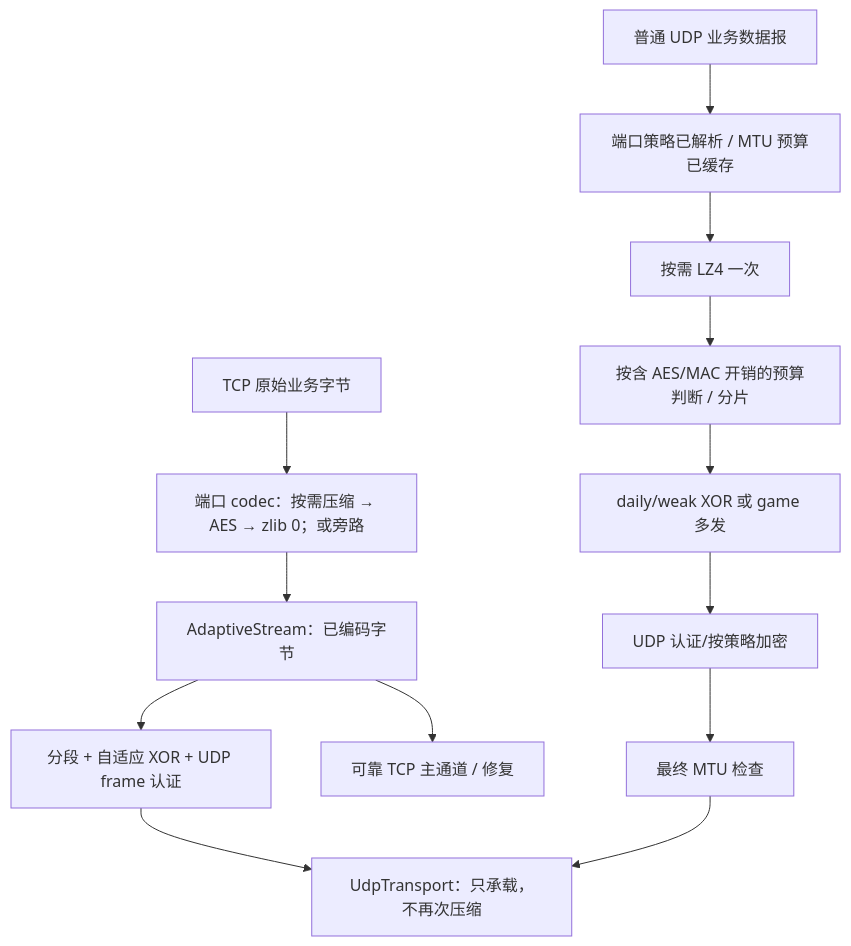
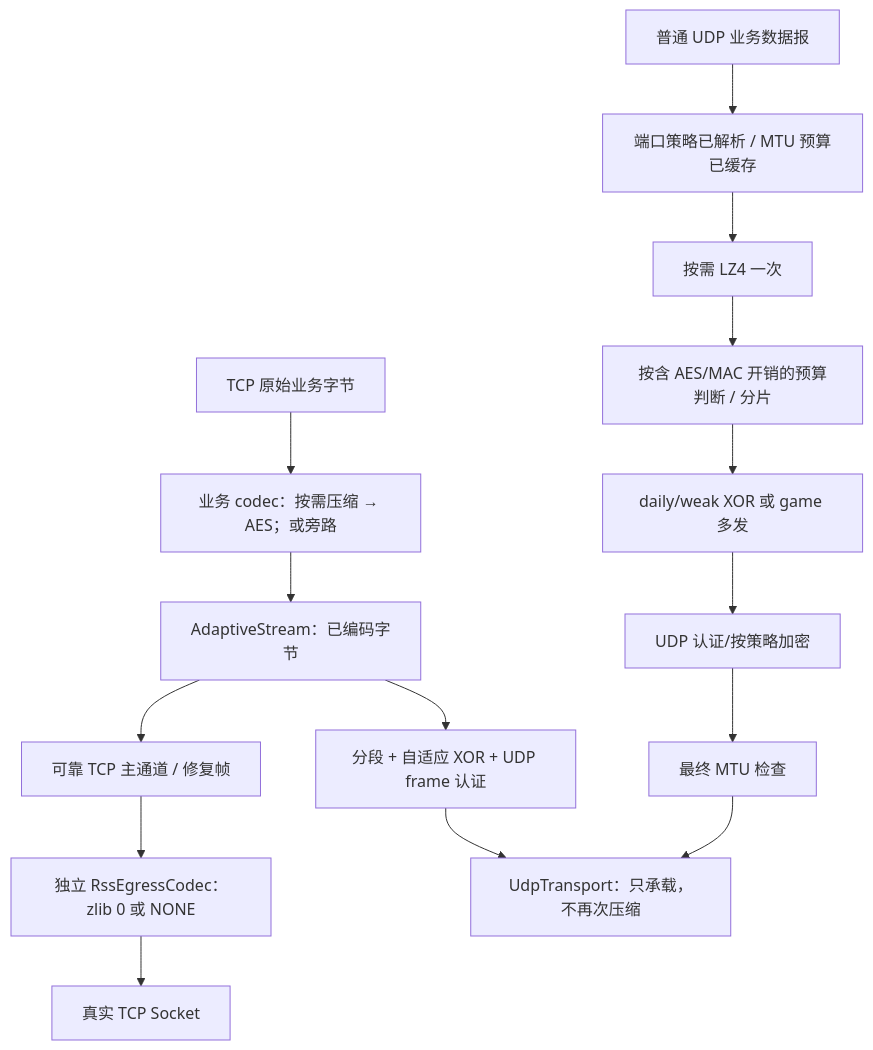
The second of 4 diagrams in docs/rss-upstream-profile-consolidation-plan.md (RockyLOMO/rxlib), drawn with Mermaid before and after one commit. The commit also changed other lines of this file, not shown here.

Commit message:
docs: separate final egress format from compression and adaptive transport

````diff
--- a/docs/rss-upstream-profile-consolidation-plan.md
+++ b/docs/rss-upstream-profile-consolidation-plan.md
@@ -276,15 +280,17 @@
 ```mermaid
 flowchart TD
-  A["TCP 原始业务字节"] --> B["端口 codec：按需压缩 → AES → zlib 0；或旁路"]
+  A["TCP 原始业务字节"] --> B["业务 codec：按需压缩 → AES；或旁路"]
   B --> C["AdaptiveStream：已编码字节"]
   C --> D["分段 + 自适应 XOR + UDP frame 认证"]
-  C --> E["可靠 TCP 主通道 / 修复"]
+  C --> E["可靠 TCP 主通道 / 修复帧"]
+  E --> T["独立 RssEgressCodec：zlib 0 或 NONE"]
+  T --> TS["真实 TCP Socket"]
   D --> F["UdpTransport：只承载，不再次压缩"]
   G["普通 UDP 业务数据报"] --> M["端口策略已解析 / MTU 预算已缓存"]
   M --> H["按需 LZ4 一次"]
   H --> I["按含 AES/MAC 开销的预算判断 / 分片"]
   I --> J["daily/weak XOR 或 game 多发"]
   J --> K["UDP 认证/按策略加密"]
   K --> V["最终 MTU 检查"]
   V --> F
 ```
````
